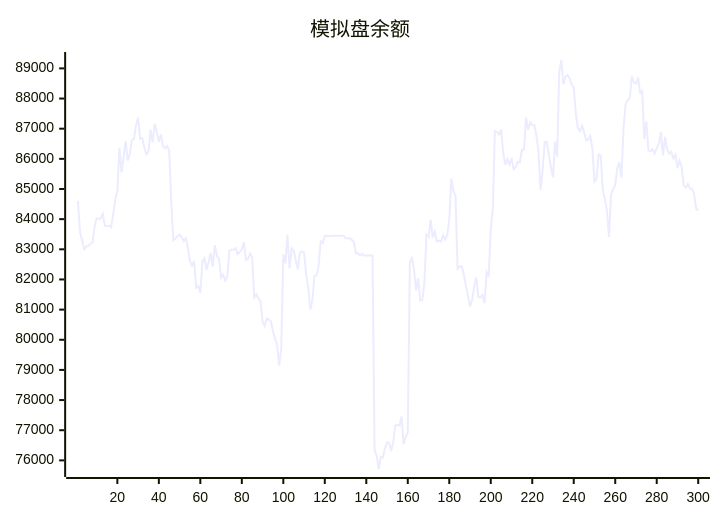
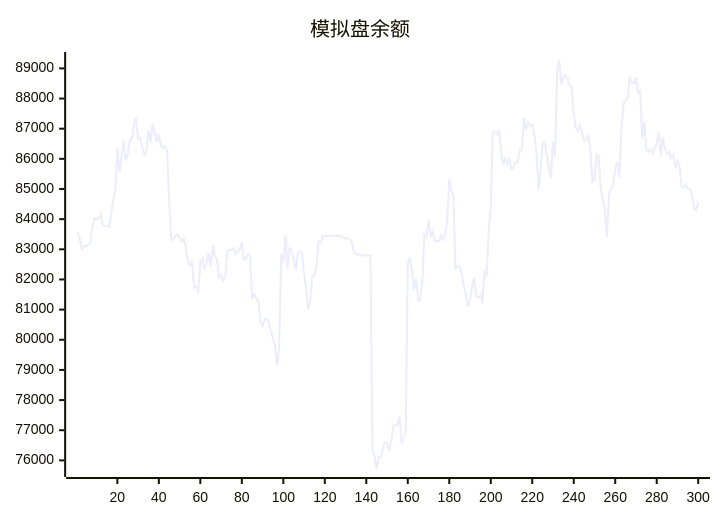
Before and after one commit to aahl/ai-trading: the diagram in README.md, drawn with Mermaid. The commit also changed other lines of this file and 1 other file, not shown here.

````diff
--- a/README.md
+++ b/README.md
@@ -5,5 +5,5 @@
 ```mermaid
 xychart
     title "模拟盘余额"
-    line [84604,83569,83298,83008,83093,83107,83175,83228,83729,84025,84017,84019,84177,83775,83762,83785,83738,84160,84639,84939,86370,85548,86046,86599,85942,86161,86622,86664,87115,87369,86666,86685,86384,86152,86243,86969,86548,87164,86885,86566,86809,86427,86348,86417,86273,84538,83299,83369,83430,83490,83404,83270,83362,83056,82605,82459,82614,81734,81788,81551,82598,82702,82320,82580,82878,82426,83139,82778,82686,82056,82166,81963,82110,82951,82983,82984,83038,82838,82915,82998,83235,82642,82682,82858,82746,81396,81512,81362,81277,80600,80461,80699,80673,80616,80288,80038,79836,79142,79722,82837,82533,83480,82366,83032,82960,82654,82330,82883,82934,82901,82188,81728,81005,81298,82110,82135,82449,83264,83203,83440,83439,83440,83440,83446,83447,83448,83447,83448,83449,83369,83369,83369,83313,83256,82872,82873,82801,82844,82785,82791,82791,82793,82794,76339,76145,75714,76110,76096,76397,76594,76585,76310,76607,77160,77170,77160,77456,76541,76774,76927,82520,82744,82337,81639,82040,81307,81314,81887,83490,83414,83984,83396,83594,83261,83287,83253,83470,83327,83465,83987,85348,84930,84786,82355,82433,82438,82167,81795,81466,81105,81315,81756,82064,81426,81398,81481,81210,82242,82099,83658,84359,86925,86892,86814,86980,86203,85802,86003,85811,86028,85657,85721,85896,85880,86300,86299,87378,86965,87214,87115,87118,86780,86238,84966,85623,86555,86562,86129,85722,85387,86569,86070,88870,89278,88477,88720,88781,88668,88467,88372,87493,87018,86917,87102,86870,86613,86644,86758,86317,85242,85334,86149,86106,84968,84671,84302,83410,84816,85001,85127,85693,85891,85384,87001,87811,87945,88007,88734,88528,88495,88705,88189,88248,86662,87234,86279,86251,86314,86177,86364,86503,86886,86114,86731,86310,86176,86240,86017,86136,85685,85938,85749,85111,85044,85164,85016,85008,84824,84354,84287]
+    line [83569,83298,83008,83093,83107,83175,83228,83729,84025,84017,84019,84177,83775,83762,83785,83738,84160,84639,84939,86370,85548,86046,86599,85942,86161,86622,86664,87115,87369,86666,86685,86384,86152,86243,86969,86548,87164,86885,86566,86809,86427,86348,86417,86273,84538,83299,83369,83430,83490,83404,83270,83362,83056,82605,82459,82614,81734,81788,81551,82598,82702,82320,82580,82878,82426,83139,82778,82686,82056,82166,81963,82110,82951,82983,82984,83038,82838,82915,82998,83235,82642,82682,82858,82746,81396,81512,81362,81277,80600,80461,80699,80673,80616,80288,80038,79836,79142,79722,82837,82533,83480,82366,83032,82960,82654,82330,82883,82934,82901,82188,81728,81005,81298,82110,82135,82449,83264,83203,83440,83439,83440,83440,83446,83447,83448,83447,83448,83449,83369,83369,83369,83313,83256,82872,82873,82801,82844,82785,82791,82791,82793,82794,76339,76145,75714,76110,76096,76397,76594,76585,76310,76607,77160,77170,77160,77456,76541,76774,76927,82520,82744,82337,81639,82040,81307,81314,81887,83490,83414,83984,83396,83594,83261,83287,83253,83470,83327,83465,83987,85348,84930,84786,82355,82433,82438,82167,81795,81466,81105,81315,81756,82064,81426,81398,81481,81210,82242,82099,83658,84359,86925,86892,86814,86980,86203,85802,86003,85811,86028,85657,85721,85896,85880,86300,86299,87378,86965,87214,87115,87118,86780,86238,84966,85623,86555,86562,86129,85722,85387,86569,86070,88870,89278,88477,88720,88781,88668,88467,88372,87493,87018,86917,87102,86870,86613,86644,86758,86317,85242,85334,86149,86106,84968,84671,84302,83410,84816,85001,85127,85693,85891,85384,87001,87811,87945,88007,88734,88528,88495,88705,88189,88248,86662,87234,86279,86251,86314,86177,86364,86503,86886,86114,86731,86310,86176,86240,86017,86136,85685,85938,85749,85111,85044,85164,85016,85008,84824,84354,84287,84572]
 ```
````
